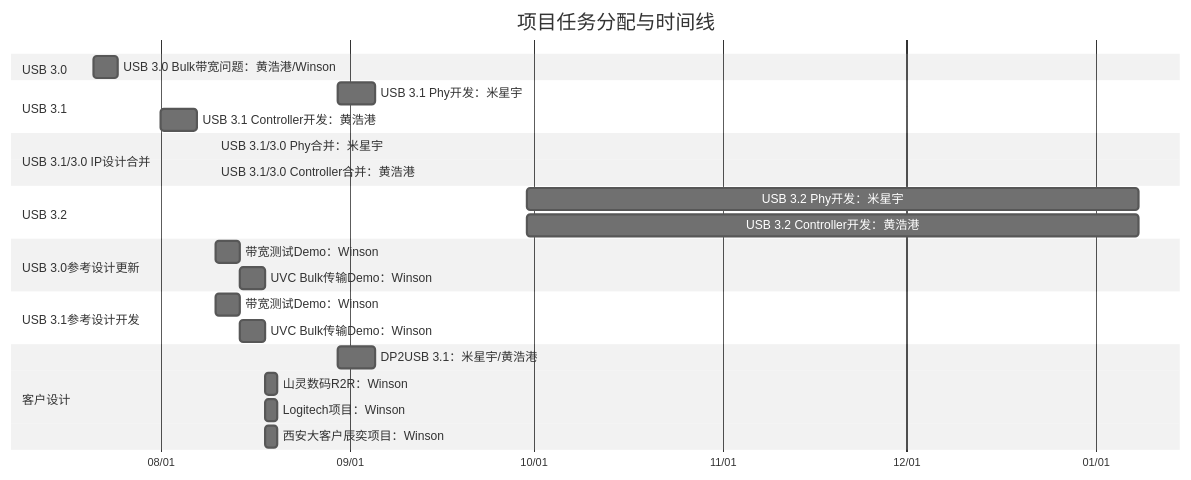
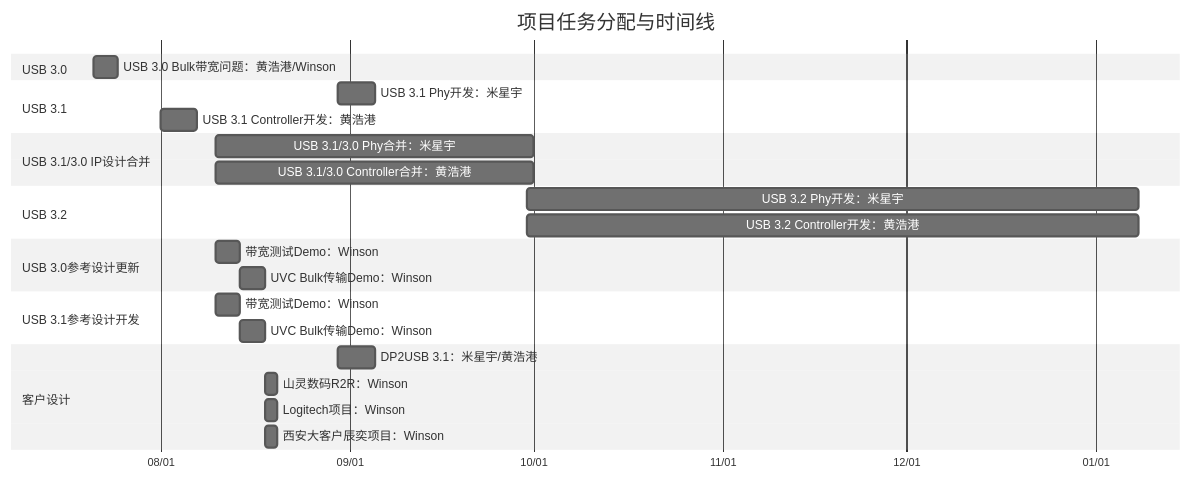
Before and after one commit to winsonbook/iodraw-files: the diagram in all/未命名.md, drawn with Mermaid (neutral theme).

Commit message:
2025-07-21 10:09:37 update

````diff
--- a/all/未命名.md
+++ b/all/未命名.md
@@ -1,35 +1,35 @@
 ```mermaid
 gantt
     title 项目任务分配与时间线
     dateFormat  YYYY-MM-DD
     axisFormat  %m/%d
 
     section USB 3.0
     USB 3.0 Bulk带宽问题：黄浩港/Winson   :    task1, 2025-07-21, 4d
 
     section USB 3.1
     USB 3.1 Phy开发：米星宇      :         task2, 2025-08-30, 6d
     USB 3.1 Controller开发：黄浩港      :  task3, 2025-08-01, 6d
 
     section USB 3.1/3.0 IP设计合并
-    USB 3.1/3.0 Phy合并：米星宇       :    task4, 2025-08-10, 
-    USB 3.1/3.0 Controller合并：黄浩港:    task5, 2025-08-10, 50
+    USB 3.1/3.0 Phy合并：米星宇       :    task4, 2025-08-10, 52d
+    USB 3.1/3.0 Controller合并：黄浩港:    task5, 2025-08-10, 52d
 
     section USB 3.2
     USB 3.2 Phy开发：米星宇      :         task2, 2025-09-30, 100d
     USB 3.2 Controller开发：黄浩港      :  task3, 2025-09-30, 100d
 
     section USB 3.0参考设计更新
     带宽测试Demo：Winson       :         task6, 2025-08-10, 4d
     UVC Bulk传输Demo：Winson   :        task7, 2025-08-14, 4d
 
     section USB 3.1参考设计开发
     带宽测试Demo：Winson       :         task8, 2025-08-10, 4d
     UVC Bulk传输Demo：Winson   :         task9, 2025-08-14, 4d
 
     section 客户设计
     DP2USB 3.1：米星宇/黄浩港      :task10, 2025-08-30, 6d
     山灵数码R2R：Winson :             task11, 2025-08-18, 2d
     Logitech项目：Winson :            task12, 2025-08-18, 2d
     西安大客户辰奕项目：Winson :       task13, 2025-08-18, 2d
 ```
````
